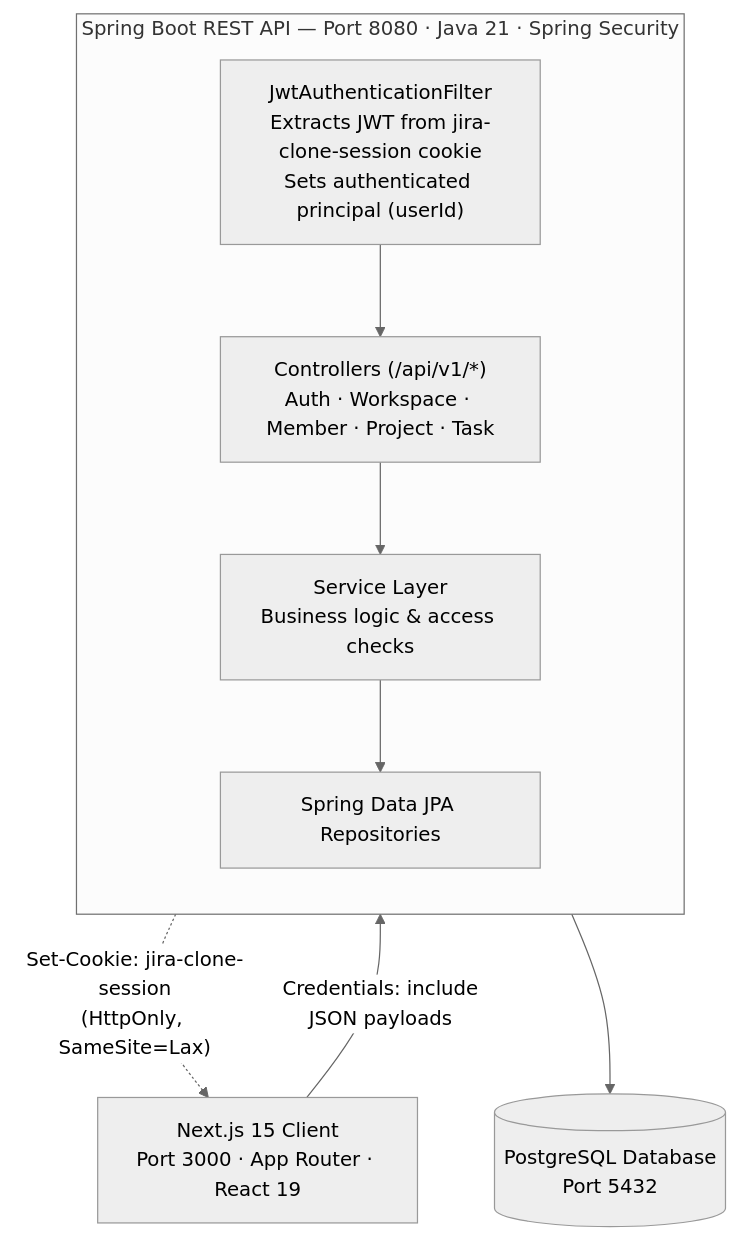
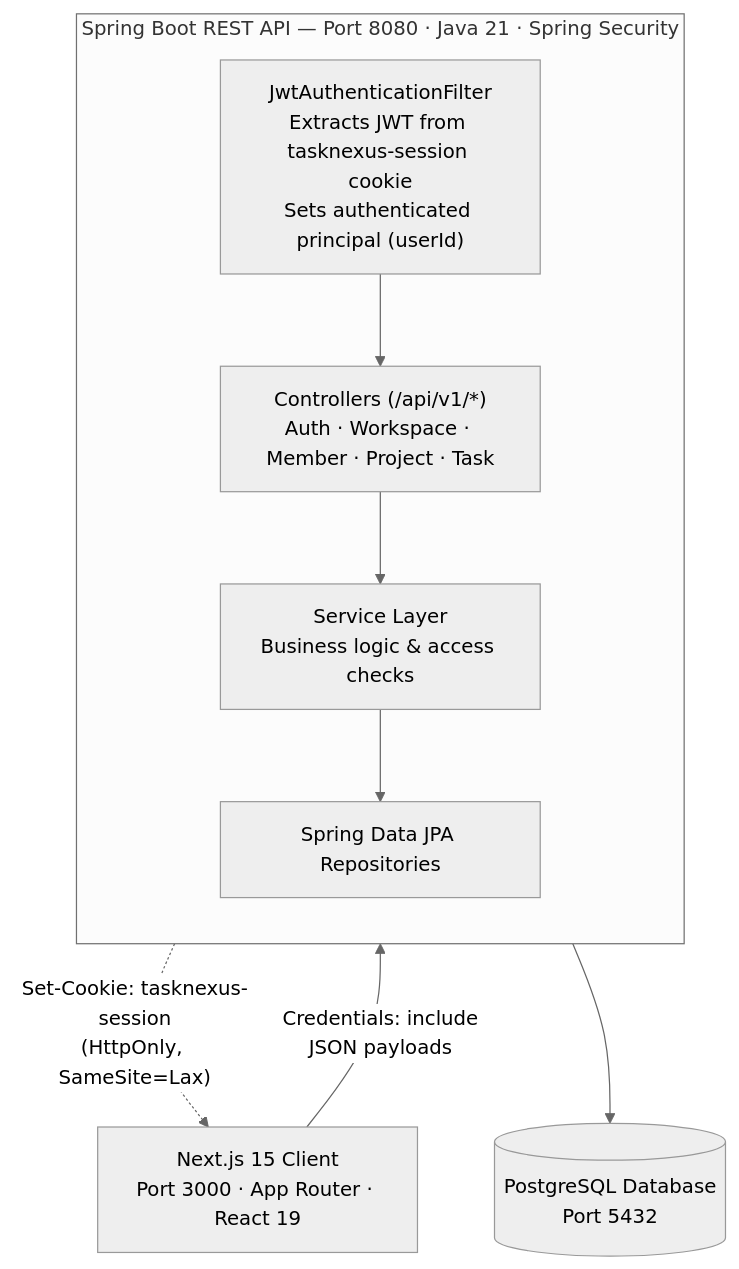
The first of 2 diagrams in README.md (samueldenzil/tasknexus-project-management), drawn with Mermaid (neutral theme) before and after one commit. The commit also changed other lines of this file and 8 other files, not shown here.

````diff
--- a/README.md
+++ b/README.md
@@ -132,20 +132,20 @@
 ```mermaid
 flowchart TB
     Client["Next.js 15 Client<br/>Port 3000 · App Router · React 19"]
 
     subgraph API["Spring Boot REST API — Port 8080 · Java 21 · Spring Security"]
         direction TB
-        Filter["JwtAuthenticationFilter<br/>Extracts JWT from jira-clone-session cookie<br/>Sets authenticated principal (userId)"]
+        Filter["JwtAuthenticationFilter<br/>Extracts JWT from tasknexus-session cookie<br/>Sets authenticated principal (userId)"]
         Controllers["Controllers (/api/v1/*)<br/>Auth · Workspace · Member · Project · Task"]
         Service["Service Layer<br/>Business logic & access checks"]
         Repo["Spring Data JPA Repositories"]
 
         Filter --> Controllers --> Service --> Repo
     end
 
     DB[("PostgreSQL Database<br/>Port 5432")]
 
     Client -->|"Credentials: include<br/>JSON payloads"| Filter
-    Filter -.->|"Set-Cookie: jira-clone-session<br/>(HttpOnly, SameSite=Lax)"| Client
+    Filter -.->|"Set-Cookie: tasknexus-session<br/>(HttpOnly, SameSite=Lax)"| Client
     Repo --> DB
 ```
````
